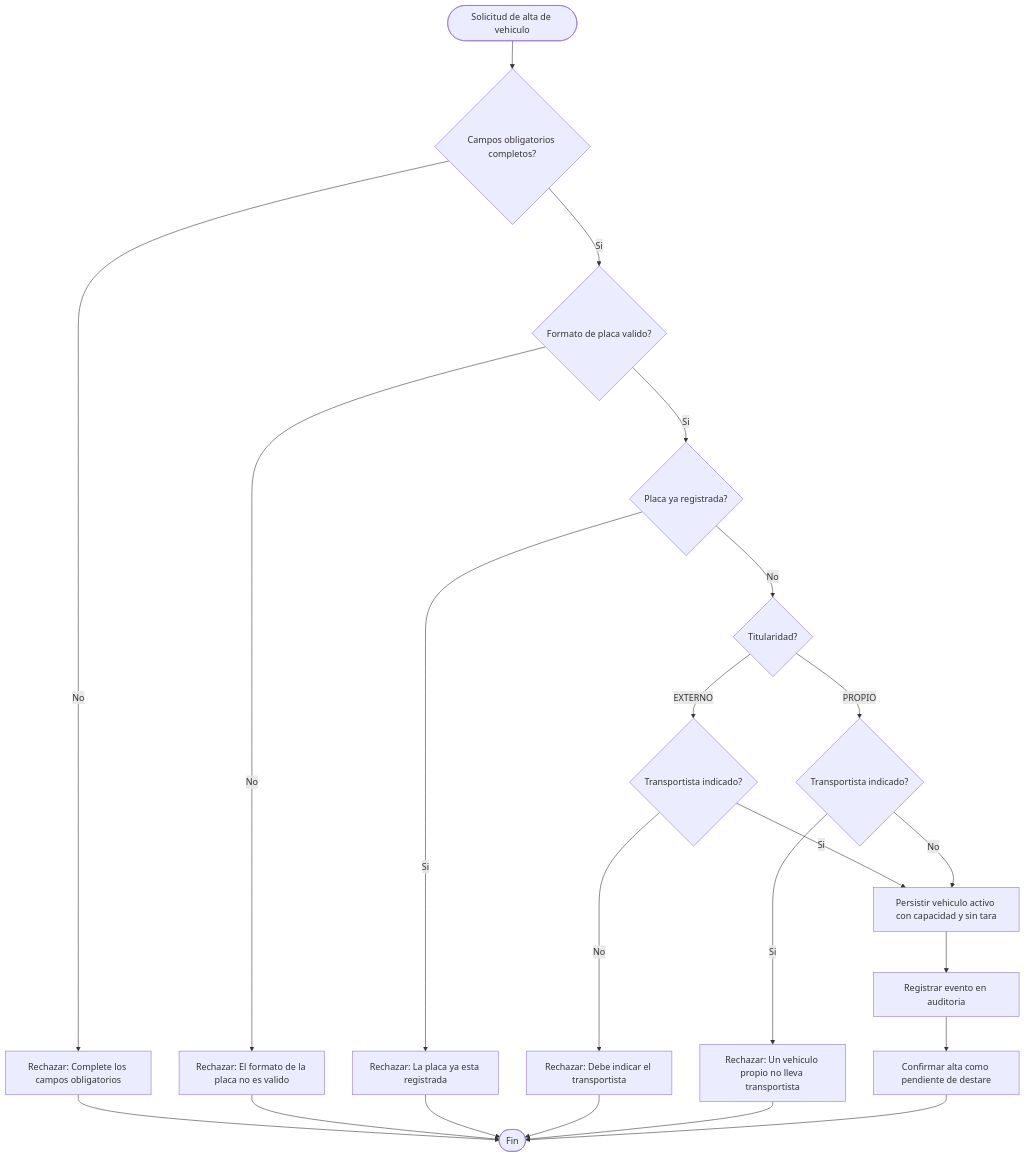
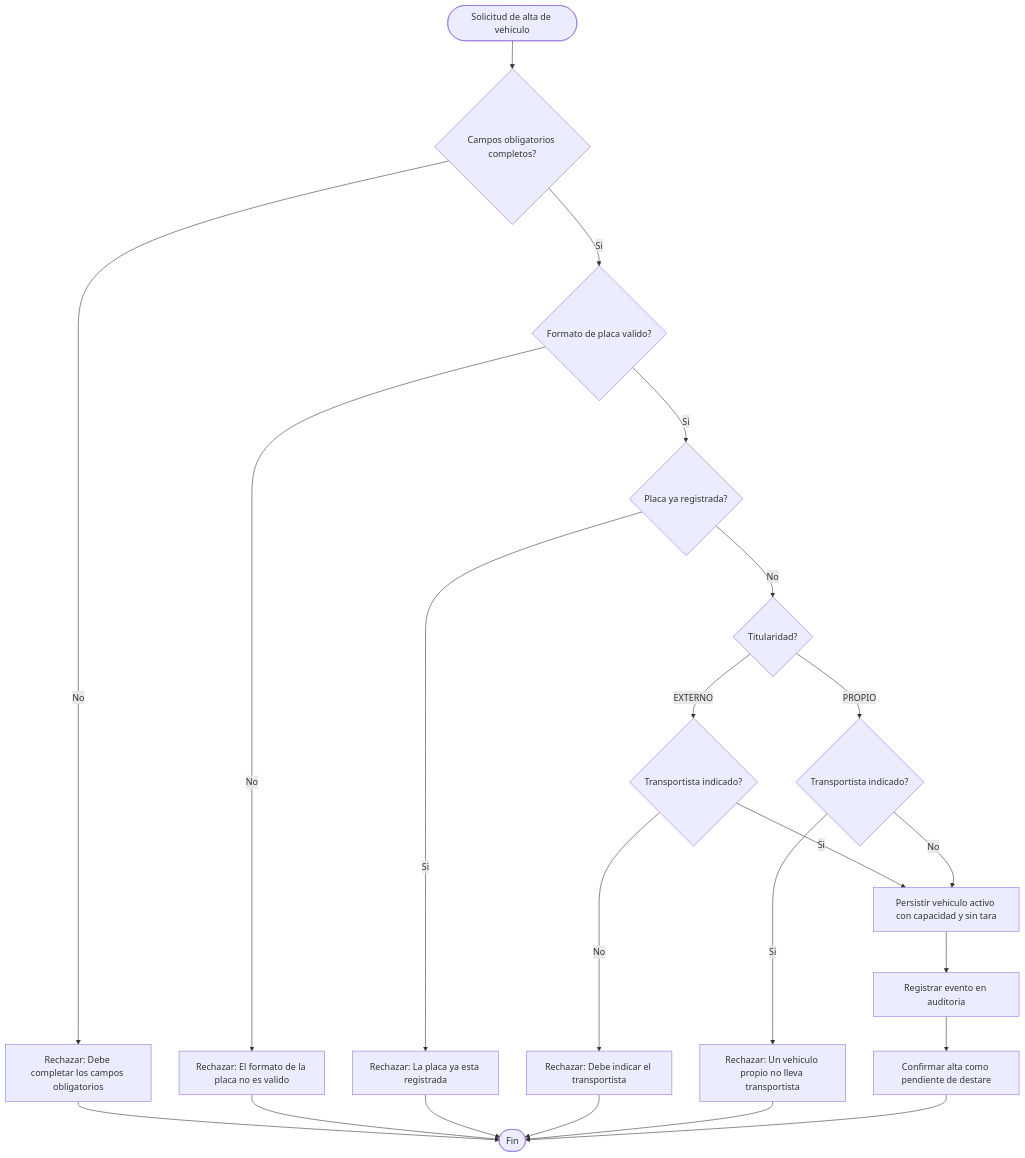
Before and after one commit to adlerOmonte1/LogisticaMinera: the first of 4 diagrams in docs/modulos/M02-catalogo/diagramas/actividades.md, drawn with Mermaid. The commit also changed 3 other files, not shown here.

First line of the commit message:
docs(revision): Unifica mensajes de los diagramas y regenera los PDF

````diff
--- a/docs/modulos/M02-catalogo/diagramas/actividades.md
+++ b/docs/modulos/M02-catalogo/diagramas/actividades.md
@@ -5,24 +5,24 @@
 ```mermaid
 flowchart TD
     Start([Solicitud de alta de vehiculo]) --> V1{Campos obligatorios completos?}
-    V1 -->|No| E1[Rechazar: Complete los campos obligatorios]
+    V1 -->|No| E1[Rechazar: Debe completar los campos obligatorios]
     E1 --> Fin([Fin])
     V1 -->|Si| V2{Formato de placa valido?}
     V2 -->|No| E2[Rechazar: El formato de la placa no es valido]
     E2 --> Fin
     V2 -->|Si| V3{Placa ya registrada?}
     V3 -->|Si| E3[Rechazar: La placa ya esta registrada]
     E3 --> Fin
     V3 -->|No| V4{Titularidad?}
     V4 -->|EXTERNO| V5{Transportista indicado?}
     V5 -->|No| E4[Rechazar: Debe indicar el transportista]
     E4 --> Fin
     V5 -->|Si| P1[Persistir vehiculo activo con capacidad y sin tara]
     V4 -->|PROPIO| V6{Transportista indicado?}
     V6 -->|Si| E5[Rechazar: Un vehiculo propio no lleva transportista]
     E5 --> Fin
     V6 -->|No| P1
     P1 --> A1[Registrar evento en auditoria]
     A1 --> C1[Confirmar alta como pendiente de destare]
     C1 --> Fin
 ```
````
